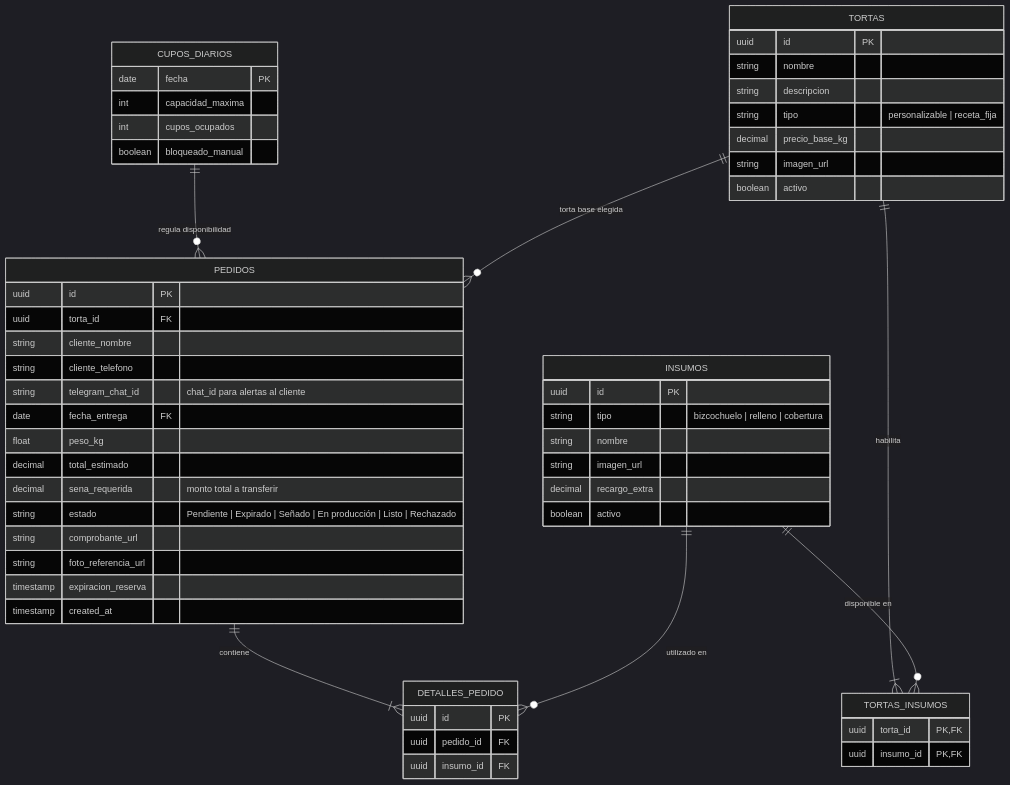
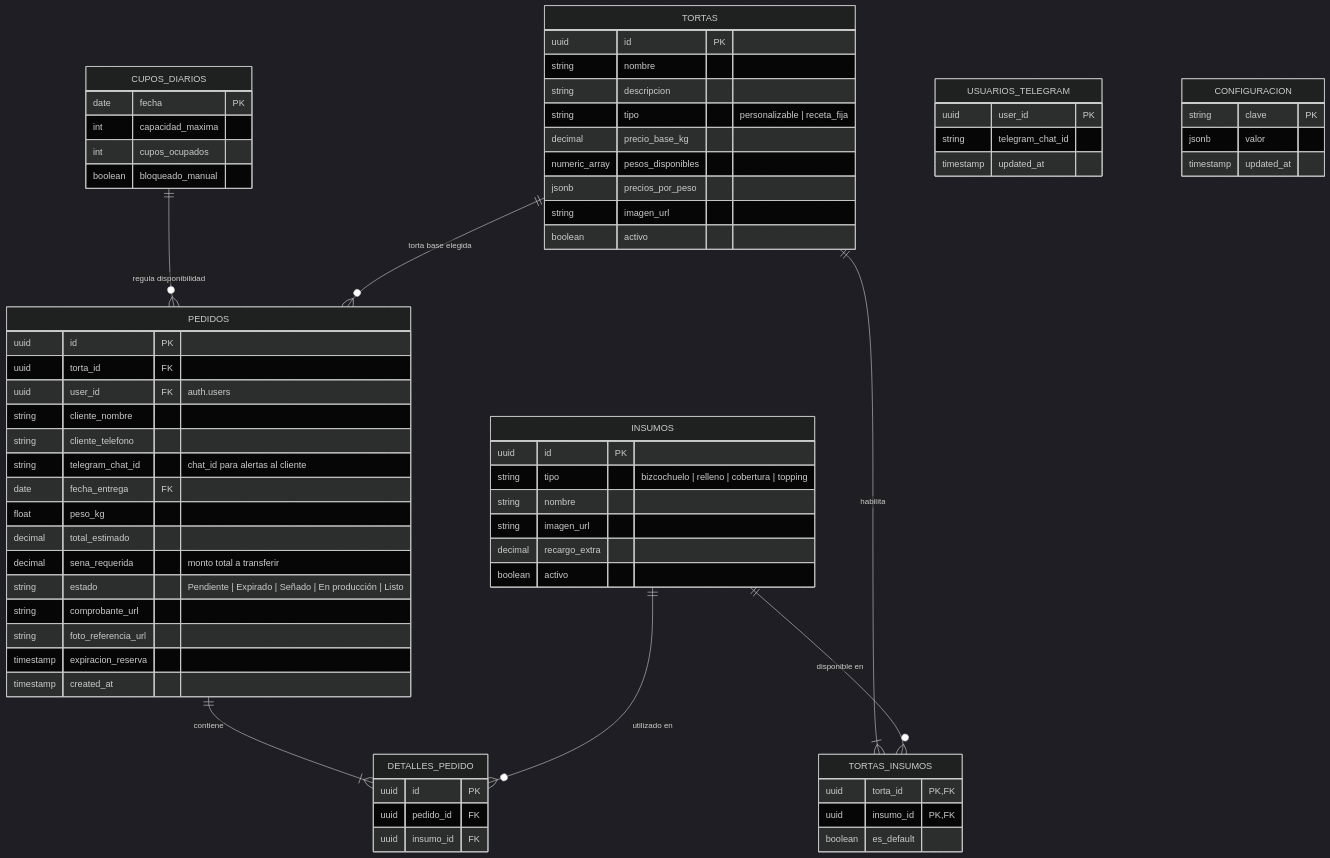
Before and after one commit to til-unca-2026/pasteleria-yonatanAhumada: the third of 3 diagrams in docs/05-metodologia.md, drawn with Mermaid (dark theme). The commit also changed other lines of this file and 1 other file, not shown here.

Commit message:
docs: actualizar alcance y metodologia con auth, pesos/precios por tamano, /configuracion y esquema ER final

````diff
--- a/docs/05-metodologia.md
+++ b/docs/05-metodologia.md
@@ -144,63 +144,79 @@
 ```mermaid
 erDiagram
     CUPOS_DIARIOS {
         date fecha PK
         int capacidad_maxima
         int cupos_ocupados
         boolean bloqueado_manual
     }
 
     TORTAS {
         uuid id PK
         string nombre
         string descripcion
         string tipo "personalizable | receta_fija"
         decimal precio_base_kg
+        numeric_array pesos_disponibles
+        jsonb precios_por_peso
         string imagen_url
         boolean activo
     }
 
     PEDIDOS {
         uuid id PK
         uuid torta_id FK
+        uuid user_id FK "auth.users"
         string cliente_nombre
         string cliente_telefono
         string telegram_chat_id "chat_id para alertas al cliente"
         date fecha_entrega FK
         float peso_kg
         decimal total_estimado
         decimal sena_requerida "monto total a transferir"
-        string estado "Pendiente | Expirado | Señado | En producción | Listo | Rechazado"
+        string estado "Pendiente | Expirado | Señado | En producción | Listo"
         string comprobante_url
         string foto_referencia_url
         timestamp expiracion_reserva
         timestamp created_at
     }
 
     INSUMOS {
         uuid id PK
-        string tipo "bizcochuelo | relleno | cobertura"
+        string tipo "bizcochuelo | relleno | cobertura | topping"
         string nombre
         string imagen_url
         decimal recargo_extra
         boolean activo
     }
 
     DETALLES_PEDIDO {
         uuid id PK
         uuid pedido_id FK
         uuid insumo_id FK
     }
 
     TORTAS_INSUMOS {
         uuid torta_id PK,FK
         uuid insumo_id PK,FK
+        boolean es_default
+    }
+
+    USUARIOS_TELEGRAM {
+        uuid user_id PK
+        string telegram_chat_id
+        timestamp updated_at
+    }
+
+    CONFIGURACION {
+        string clave PK
+        jsonb valor
+        timestamp updated_at
     }
 
     CUPOS_DIARIOS ||--o{ PEDIDOS : "regula disponibilidad"
     TORTAS ||--o{ PEDIDOS : "torta base elegida"
     TORTAS ||--|{ TORTAS_INSUMOS : "habilita"
     INSUMOS ||--o{ TORTAS_INSUMOS : "disponible en"
     PEDIDOS ||--|{ DETALLES_PEDIDO : "contiene"
     INSUMOS ||--o{ DETALLES_PEDIDO : "utilizado en"
 ```
````
